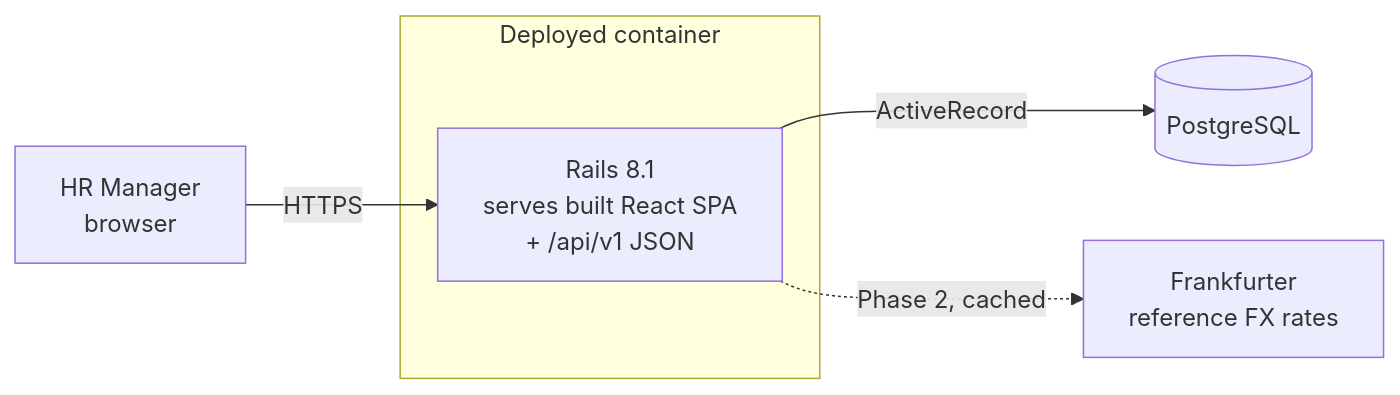
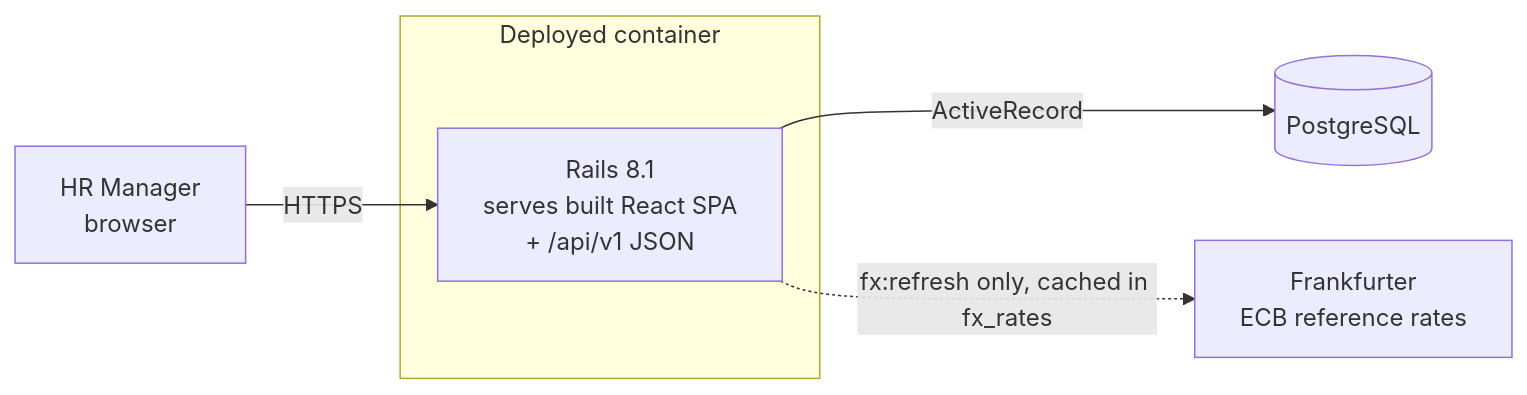
One commit to sravan44/salary-dashboard changed the diagram in docs/architecture.md. Above: the diagram before and after it, drawn with Mermaid. The commit also changed other lines of this file and 50 other files, not shown here.

````diff
--- a/docs/architecture.md
+++ b/docs/architecture.md
@@ -7,9 +7,9 @@
 ```mermaid
 flowchart LR
   HR[HR Manager<br/>browser] -->|HTTPS| WEB
   subgraph Deployed container
     WEB[Rails 8.1<br/>serves built React SPA<br/>+ /api/v1 JSON]
   end
   WEB -->|ActiveRecord| DB[(PostgreSQL)]
-  WEB -.->|Phase 2, cached| FX[Frankfurter<br/>reference FX rates]
+  WEB -.->|fx:refresh only, cached in fx_rates| FX[Frankfurter<br/>ECB reference rates]
 ```
````
